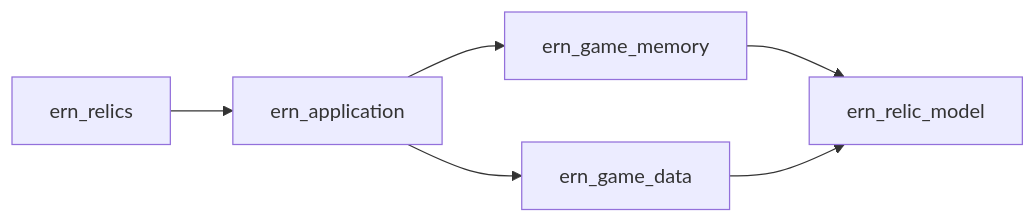
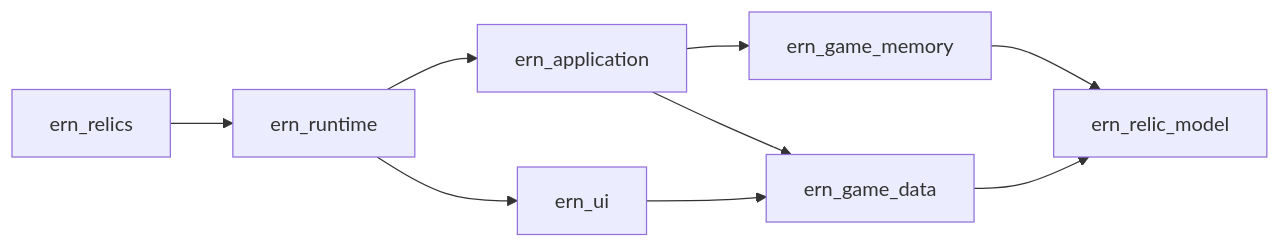
The diagram in docs/architecture.md (LordFoogThe4rd/ern-relics), drawn with Mermaid before and after one commit. The commit also changed other lines of this file and 15 other files, not shown here.

````diff
--- a/docs/architecture.md
+++ b/docs/architecture.md
@@ -11,8 +11,11 @@
 ```mermaid
 flowchart LR
-	dll[ern_relics] --> app[ern_application]
+	dll[ern_relics] --> native[ern_runtime]
+	native --> app[ern_application]
+	native --> ui[ern_ui]
+	ui --> data[ern_game_data]
 	app --> memory[ern_game_memory]
 	app --> data[ern_game_data]
 	memory --> model[ern_relic_model]
 	data --> model
 ```
````
